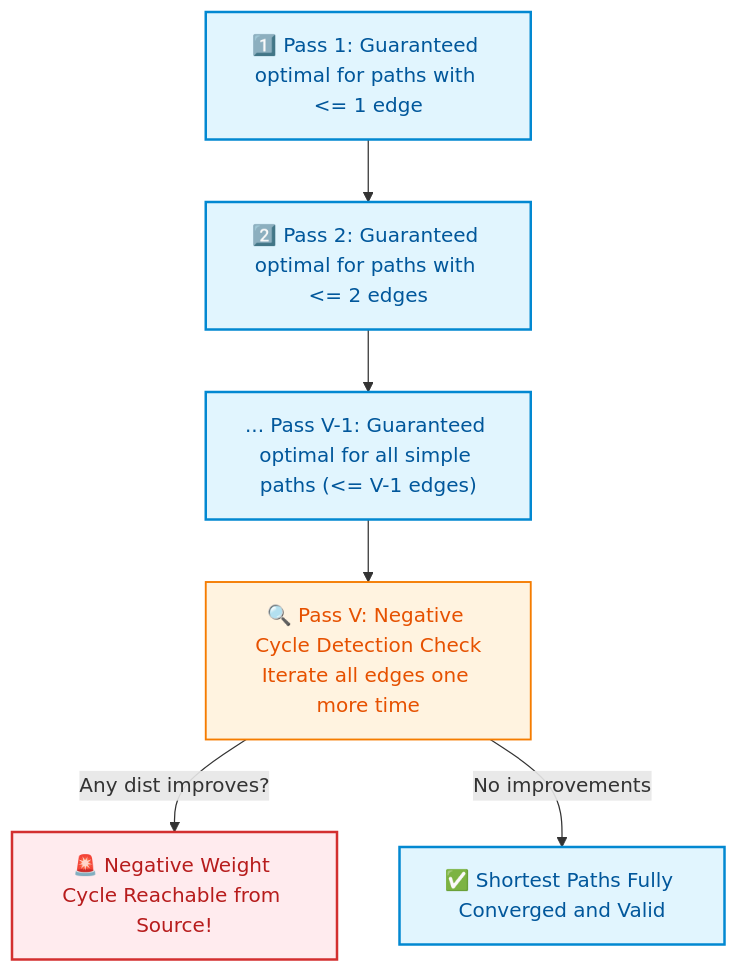
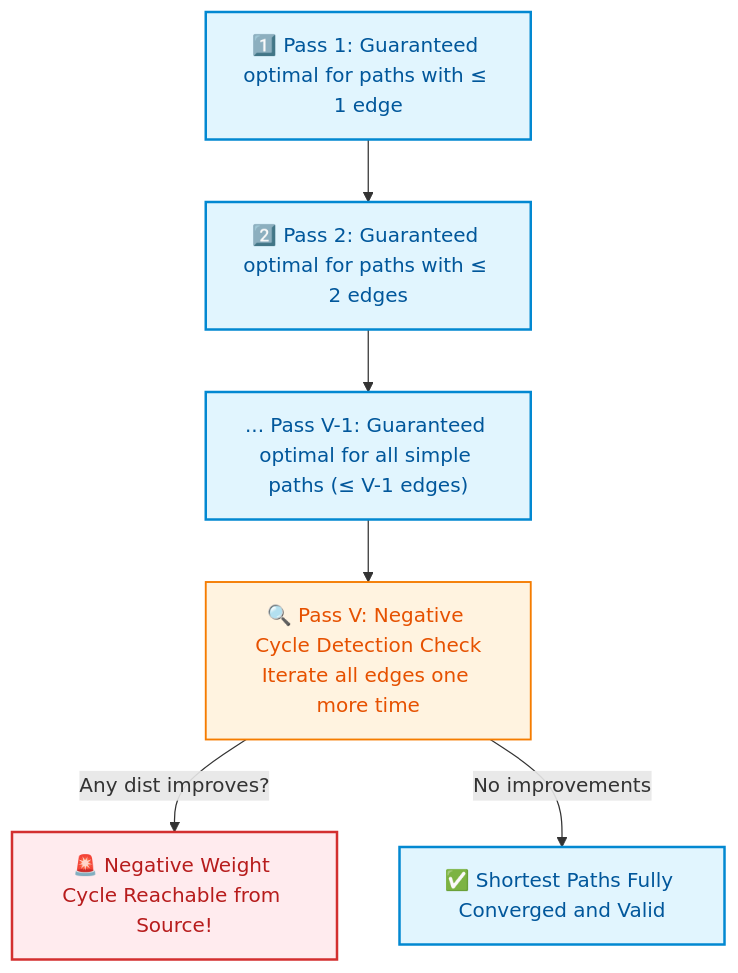
The sixth of 15 diagrams in week_09_graph_algorithms_i/Week_09_Visual_Concepts_Playbook_HYBRID.md (dip4k/DSA_102), drawn with Mermaid before and after one commit. The commit also changed other lines of this file and 191 other files, not shown here.

````diff
--- a/week_09_graph_algorithms_i/Week_09_Visual_Concepts_Playbook_HYBRID.md
+++ b/week_09_graph_algorithms_i/Week_09_Visual_Concepts_Playbook_HYBRID.md
@@ -231,13 +232,13 @@
 ```mermaid
 flowchart TD
     classDef pass fill:#e1f5fe,stroke:#0288d1,color:#01579b,stroke-width:2px;
     classDef check fill:#fff3e0,stroke:#f57c00,color:#e65100,stroke-width:1.5px;
     classDef alert fill:#ffebee,stroke:#d32f2f,color:#b71c1c,stroke-width:2px;
 
-    P1["1️⃣ Pass 1: Guaranteed optimal for paths with <= 1 edge"]:::pass
-    P1 --> P2["2️⃣ Pass 2: Guaranteed optimal for paths with <= 2 edges"]:::pass
-    P2 --> PV["... Pass V-1: Guaranteed optimal for all simple paths (<= V-1 edges)"]:::pass
+    P1["1️⃣ Pass 1: Guaranteed optimal for paths with &le; 1 edge"]:::pass
+    P1 --> P2["2️⃣ Pass 2: Guaranteed optimal for paths with &le; 2 edges"]:::pass
+    P2 --> PV["... Pass V-1: Guaranteed optimal for all simple paths (&le; V-1 edges)"]:::pass
     PV --> CHK["🔍 Pass V: Negative Cycle Detection Check<br/>Iterate all edges one more time"]:::check
     CHK -->|Any dist improves?| Alert["🚨 Negative Weight Cycle Reachable from Source!"]:::alert
     CHK -->|No improvements| Done["✅ Shortest Paths Fully Converged and Valid"]:::pass
 ```
````
